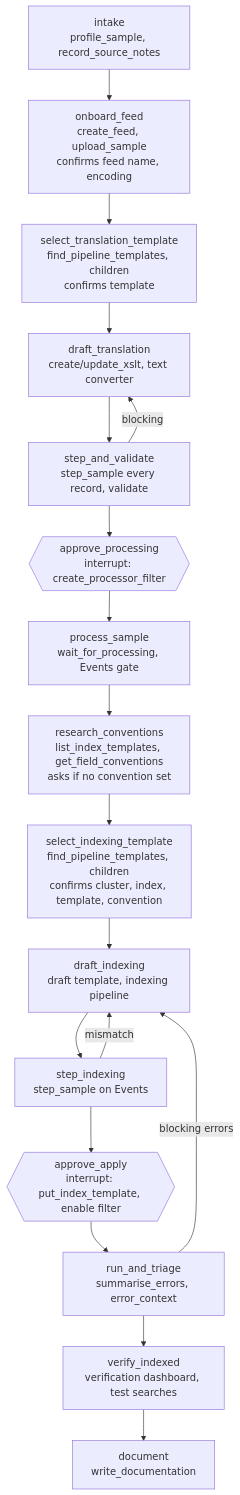
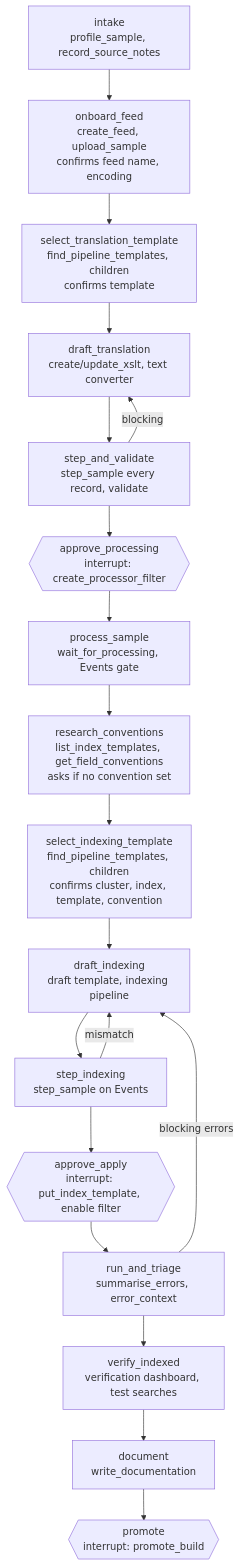
One commit to gradata-systems/stroom-fastmcp-server changed the third of 3 diagrams in docs/DESIGN.md. Above: the diagram before and after it, drawn with Mermaid. The commit also changed other lines of this file and 1 other file, not shown here.

````diff
--- a/docs/DESIGN.md
+++ b/docs/DESIGN.md
@@ -443,20 +459,21 @@
 ```mermaid
 flowchart TD
     intake[intake<br/>profile_sample, record_source_notes] --> onboard_feed[onboard_feed<br/>create_feed, upload_sample<br/>confirms feed name, encoding]
     onboard_feed --> select_translation_template[select_translation_template<br/>find_pipeline_templates, children<br/>confirms template]
     select_translation_template --> draft_translation[draft_translation<br/>create/update_xslt, text converter]
     draft_translation --> step_and_validate[step_and_validate<br/>step_sample every record, validate]
     step_and_validate -- blocking --> draft_translation
     step_and_validate --> approve_processing{{approve_processing<br/>interrupt: create_processor_filter}}
     approve_processing --> process_sample[process_sample<br/>wait_for_processing, Events gate]
     process_sample --> research_conventions[research_conventions<br/>list_index_templates, get_field_conventions<br/>asks if no convention set]
     research_conventions --> select_indexing_template[select_indexing_template<br/>find_pipeline_templates, children<br/>confirms cluster, index, template, convention]
     select_indexing_template --> draft_indexing[draft_indexing<br/>draft template, indexing pipeline]
     draft_indexing --> step_indexing[step_indexing<br/>step_sample on Events]
     step_indexing -- mismatch --> draft_indexing
     step_indexing --> approve_apply{{approve_apply<br/>interrupt: put_index_template, enable filter}}
     approve_apply --> run_and_triage[run_and_triage<br/>summarise_errors, error_context]
     run_and_triage -- blocking errors --> draft_indexing
     run_and_triage --> verify_indexed[verify_indexed<br/>verification dashboard, test searches]
     verify_indexed --> document[document<br/>write_documentation]
+    document --> promote{{promote<br/>interrupt: promote_build}}
 ```
````
